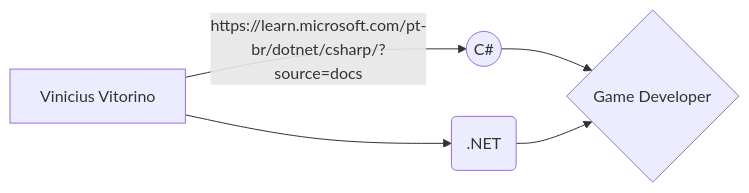
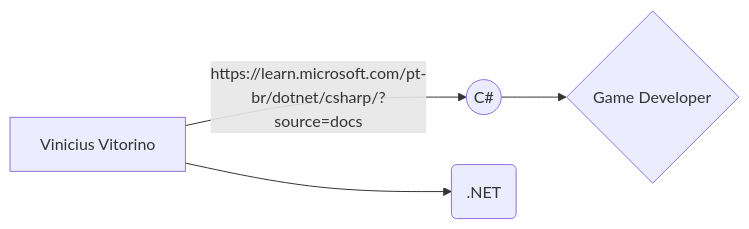
One commit to ViniciusVitorinoSantos/EstudosCS changed the diagram in README.md. Above: the diagram before and after it, drawn with Mermaid.

````diff
--- a/README.md
+++ b/README.md
@@ -4,7 +4,7 @@
 ```mermaid
 graph LR
 A[Vinicius Vitorino] -- https://learn.microsoft.com/pt-br/dotnet/csharp/?source=docs --> B((C#))
 A --> C(.NET)
 B --> D{Game Developer}
-C --> D
+
 ```
````
